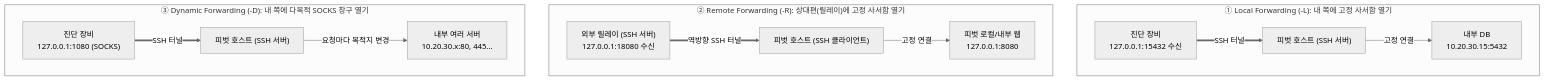
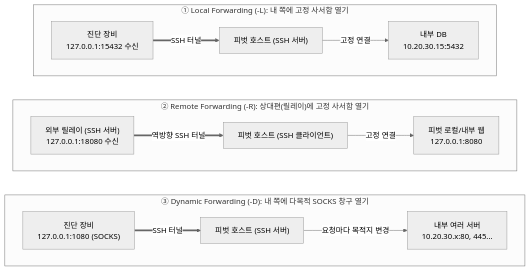
One commit to gooyong-sec/gooyong-sec.github.io changed the second of 3 diagrams in content/모의해킹 기초/펜테스터를 위한 네트워크 피벗팅과 터널링 — SSH, Chisel, Ligolo-ng, Proxychains.md. Above: the diagram before and after it, drawn with Mermaid (neutral theme). The commit also changed 4 other files, not shown here.

First line of the commit message:
fix: prevent overlapping mermaid subgraphs with no connecting edges

````diff
--- a/content/모의해킹 기초/펜테스터를 위한 네트워크 피벗팅과 터널링 — SSH, Chisel, Ligolo-ng, Proxychains.md
+++ b/content/모의해킹 기초/펜테스터를 위한 네트워크 피벗팅과 터널링 — SSH, Chisel, Ligolo-ng, Proxychains.md
@@ -111,20 +111,21 @@
 ```mermaid
 flowchart TD
     subgraph L_Mode["① Local Forwarding (-L): 내 쪽에 고정 사서함 열기"]
         direction LR
         LC["진단 장비<br/>127.0.0.1:15432 수신"] ==>|"SSH 터널"| LS["피벗 호스트 (SSH 서버)"]
         LS -->|"고정 연결"| LT["내부 DB<br/>10.20.30.15:5432"]
     end
 
     subgraph R_Mode["② Remote Forwarding (-R): 상대편(릴레이)에 고정 사서함 열기"]
         direction LR
         RS["외부 릴레이 (SSH 서버)<br/>127.0.0.1:18080 수신"] ==>|"역방향 SSH 터널"| RC["피벗 호스트 (SSH 클라이언트)"]
         RC -->|"고정 연결"| RT["피벗 로컬/내부 웹<br/>127.0.0.1:8080"]
     end
 
     subgraph D_Mode["③ Dynamic Forwarding (-D): 내 쪽에 다목적 SOCKS 창구 열기"]
         direction LR
         DC["진단 장비<br/>127.0.0.1:1080 (SOCKS)"] ==>|"SSH 터널"| DS["피벗 호스트 (SSH 서버)"]
         DS -->|"요청마다 목적지 변경"| DT["내부 여러 서버<br/>10.20.30.x:80, 445..."]
     end
+    L_Mode ~~~ R_Mode ~~~ D_Mode
 ```
````
